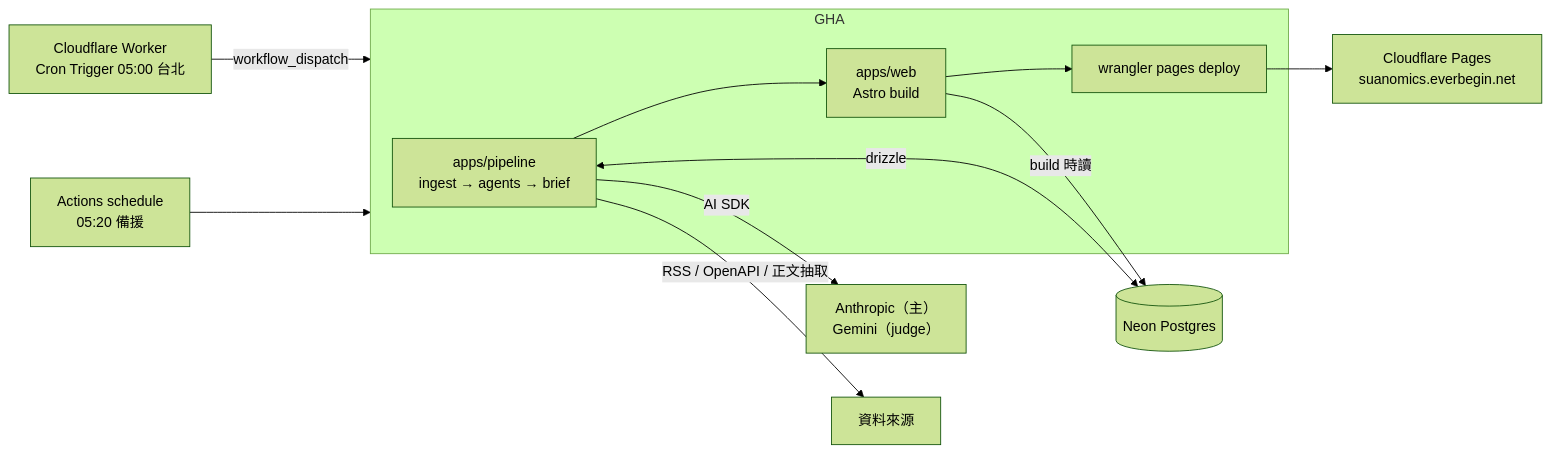
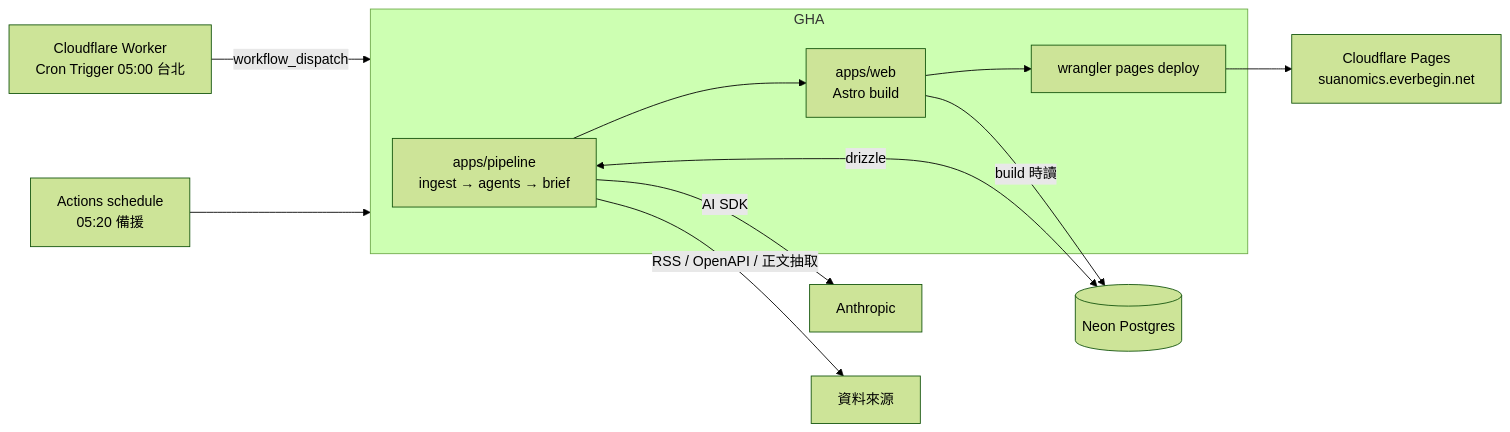
Before and after one commit to FatJohn/suanomics: the diagram in docs/architecture/design-basis.md, drawn with Mermaid (forest theme). The commit also changed other lines of this file and 3 other files, not shown here.

First line of the commit message:
docs: describe model tiers by role, drop Gemini judge

````diff
--- a/docs/architecture/design-basis.md
+++ b/docs/architecture/design-basis.md
@@ -24,14 +24,14 @@
 ```mermaid
 flowchart LR
   Cron["Cloudflare Worker<br/>Cron Trigger 05:00 台北"] -->|workflow_dispatch| GHA["GitHub Actions job"]
   Sched["Actions schedule<br/>05:20 備援"] --> GHA
   subgraph GHA
     P["apps/pipeline<br/>ingest → agents → brief"] --> B["apps/web<br/>Astro build"]
     B --> D["wrangler pages deploy"]
   end
   P <-->|drizzle| PG[(Neon Postgres)]
   B -->|build 時讀| PG
-  P -->|AI SDK| LLM["Anthropic（主）<br/>Gemini（judge）"]
+  P -->|AI SDK| LLM["Anthropic"]
   P -->|RSS / OpenAPI / 正文抽取| SRC["資料來源"]
   D --> CF["Cloudflare Pages<br/>suanomics.everbegin.net"]
 ```
````
